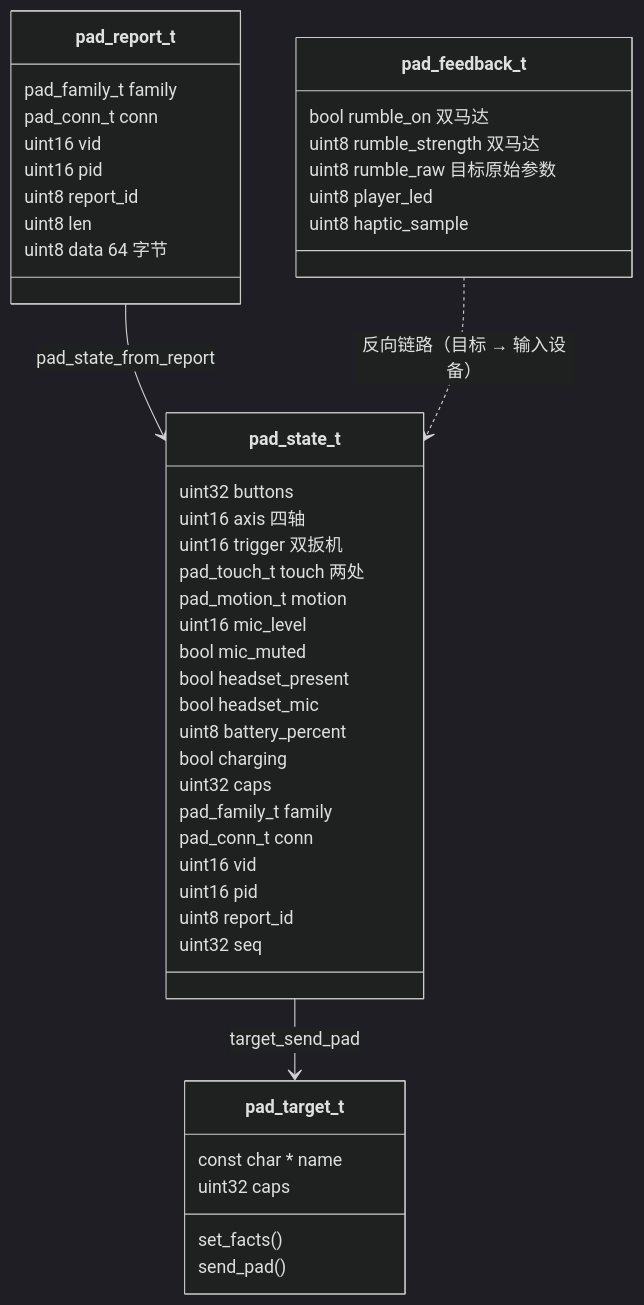
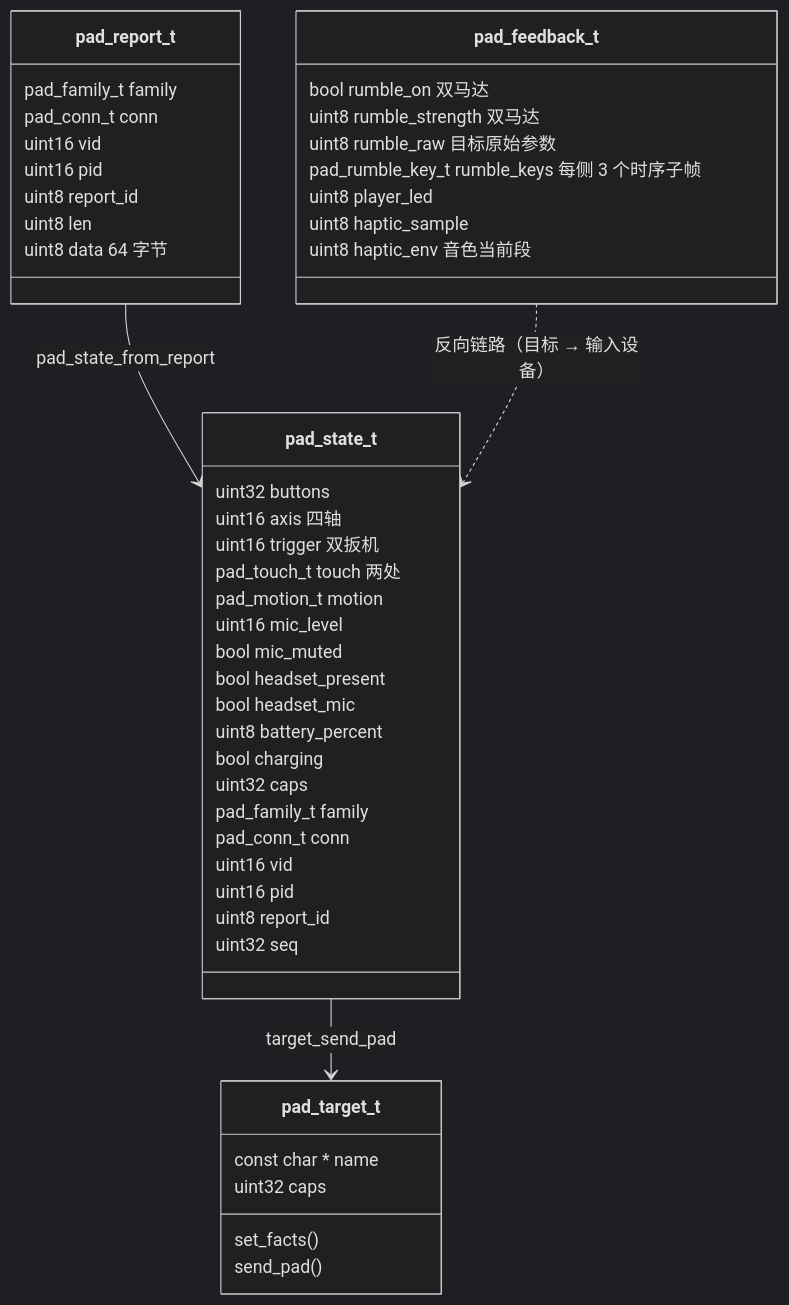
Before and after one commit to slime7/remapad: the fourth of 7 diagrams in docs/ABSTRACTIONS.md, drawn with Mermaid (dark theme). The commit also changed other lines of this file and 45 other files, not shown here.

````diff
--- a/docs/ABSTRACTIONS.md
+++ b/docs/ABSTRACTIONS.md
@@ -283,52 +291,54 @@
 ```mermaid
 classDiagram
     class pad_report_t {
         pad_family_t family
         pad_conn_t conn
         uint16 vid
         uint16 pid
         uint8 report_id
         uint8 len
         uint8 data 64 字节
     }
 
     class pad_state_t {
         uint32 buttons
         uint16 axis 四轴
         uint16 trigger 双扳机
         pad_touch_t touch 两处
         pad_motion_t motion
         uint16 mic_level
         bool mic_muted
         bool headset_present
         bool headset_mic
         uint8 battery_percent
         bool charging
         uint32 caps
         pad_family_t family
         pad_conn_t conn
         uint16 vid
         uint16 pid
         uint8 report_id
         uint32 seq
     }
 
     class pad_target_t {
         const char * name
         uint32 caps
         set_facts()
         send_pad()
     }
 
     class pad_feedback_t {
         bool rumble_on 双马达
         uint8 rumble_strength 双马达
         uint8 rumble_raw 目标原始参数
+        pad_rumble_key_t rumble_keys 每侧 3 个时序子帧
         uint8 player_led
         uint8 haptic_sample
+        uint8 haptic_env 音色当前段
     }
 
     pad_report_t --> pad_state_t : pad_state_from_report
     pad_state_t --> pad_target_t : target_send_pad
     pad_feedback_t ..> pad_state_t : 反向链路（目标 → 输入设备）
 ```
````
